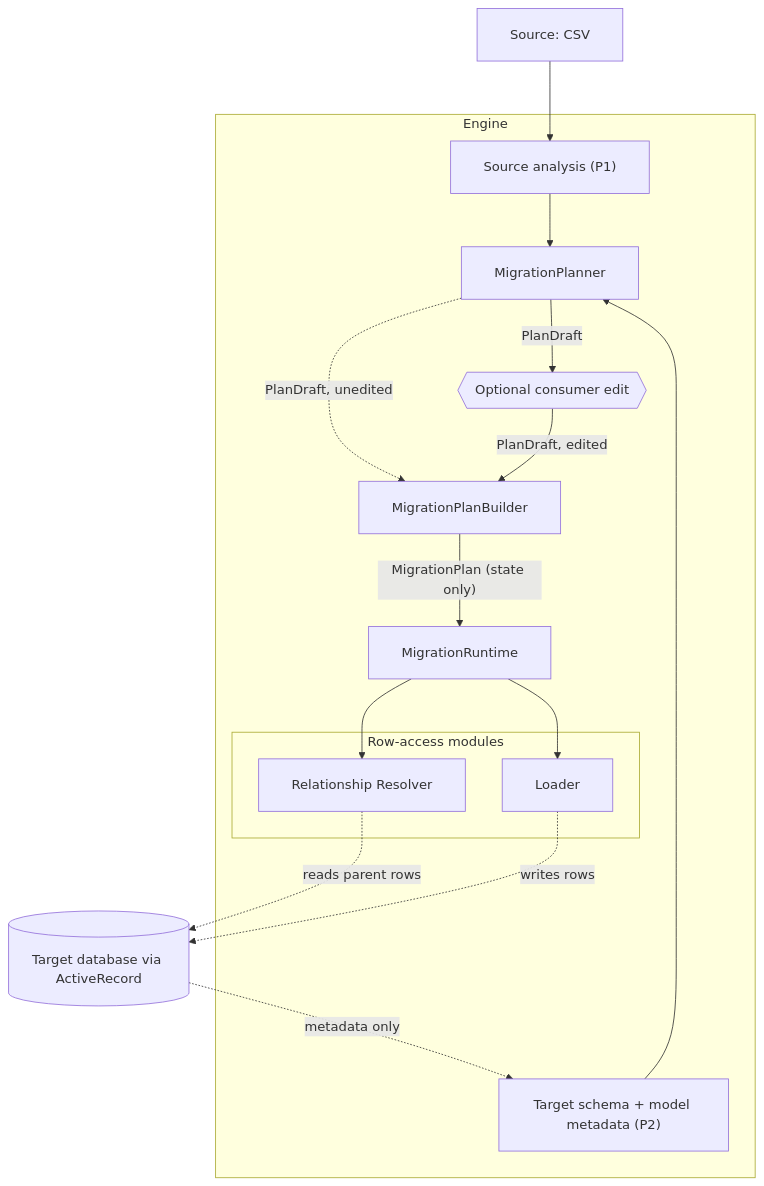
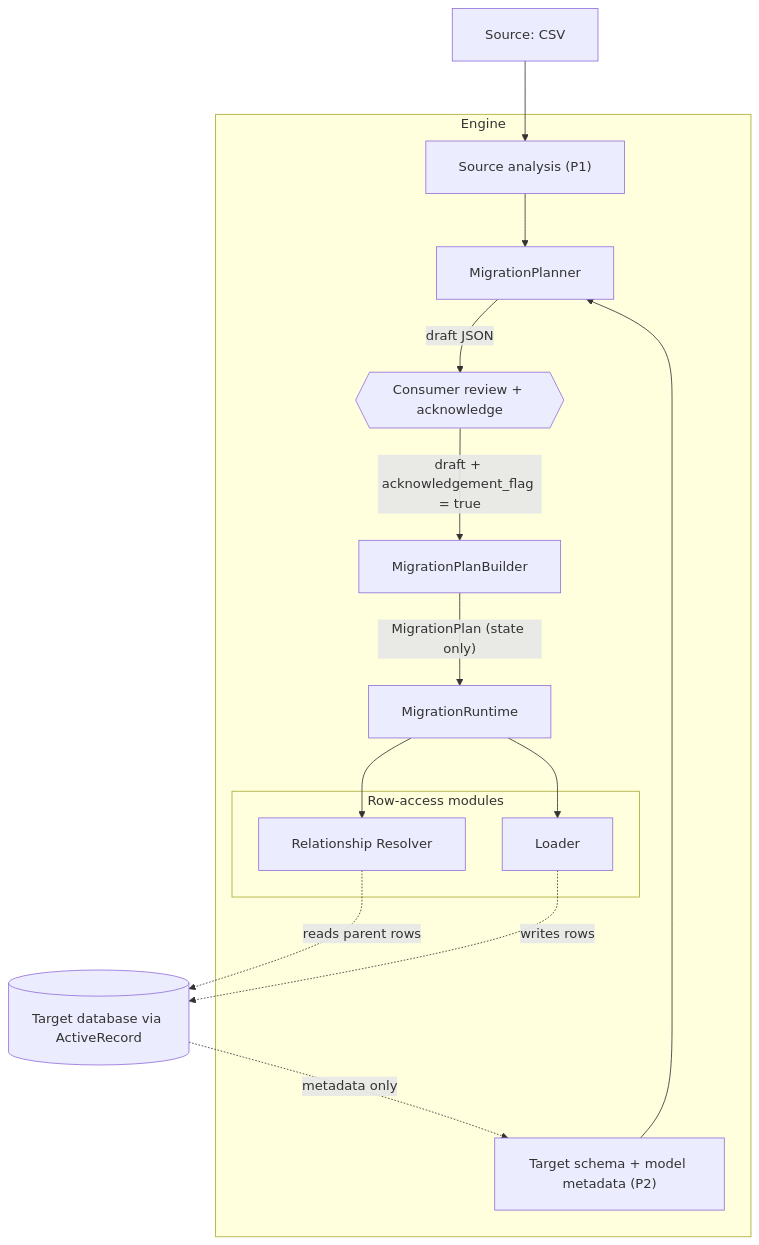
The diagram in README.md (venkydev02/Pipeforge), drawn with Mermaid before and after one commit. The commit also changed other lines of this file and 5 other files, not shown here.

````diff
--- a/README.md
+++ b/README.md
@@ -22,30 +22,29 @@
 ```mermaid
 %%{init: {'flowchart': {'nodeSpacing': 45, 'rankSpacing': 65, 'padding': 20}}}%%
 flowchart TD
     Source[Source: CSV]
     DB[(Target database via ActiveRecord)]
 
     subgraph Engine["Engine"]
         Analyzer["Source analysis (P1)"]
         Schema["Target schema + model metadata (P2)"]
         Planner[MigrationPlanner]
-        Edit{{Optional consumer edit}}
+        Edit{{Consumer review + acknowledge}}
         Builder[MigrationPlanBuilder]
         Runtime[MigrationRuntime]
         subgraph Rows["Row-access modules"]
             Resolver[Relationship Resolver]
             Loader[Loader]
         end
     end
 
     Source --> Analyzer --> Planner
     DB -. "metadata only" .-> Schema --> Planner
-    Planner -->|PlanDraft| Edit
-    Planner -.->|"PlanDraft, unedited"| Builder
-    Edit -->|"PlanDraft, edited"| Builder
+    Planner -->|"draft JSON"| Edit
+    Edit -->|"draft + acknowledgement_flag = true"| Builder
     Builder -->|"MigrationPlan (state only)"| Runtime
     Runtime --> Resolver
     Runtime --> Loader
     Resolver -. reads parent rows .-> DB
     Loader -. writes rows .-> DB
 ```
````
